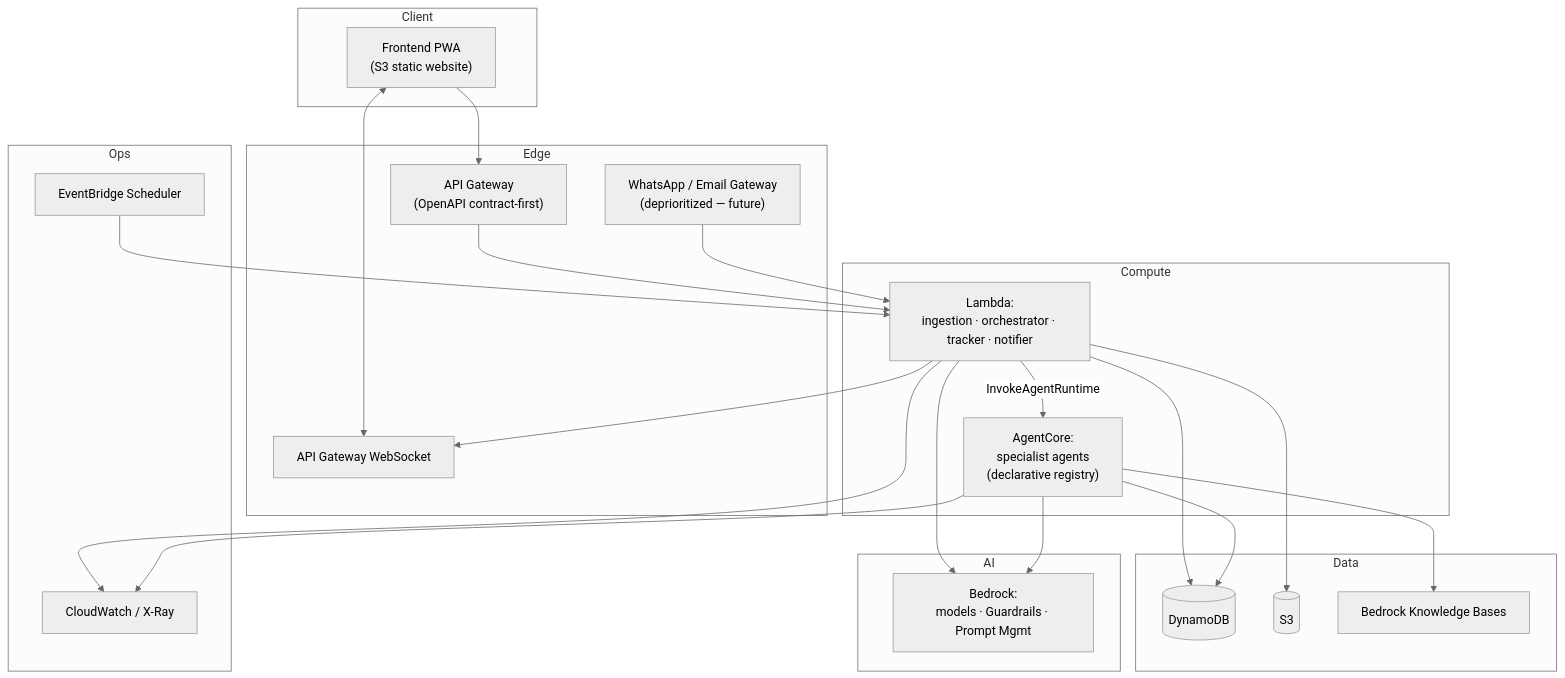
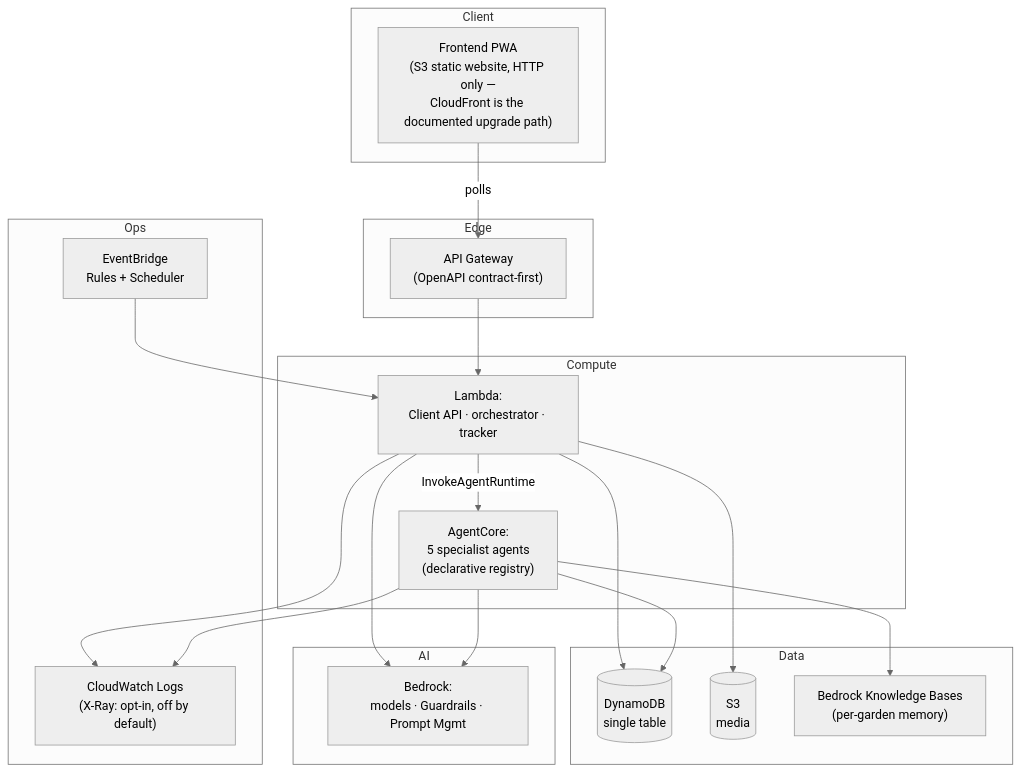
The fifth of 9 diagrams in docs/architecture/architecture.md (prashant-baj/tendril), drawn with Mermaid (neutral theme) before and after one commit. The commit also changed other lines of this file and 5 other files, not shown here.

````diff
--- a/docs/architecture/architecture.md
+++ b/docs/architecture/architecture.md
@@ -252,42 +270,37 @@
 ```mermaid
 flowchart TB
   subgraph Client
-    FE["Frontend PWA<br/>(S3 static website)"]
+    FE["Frontend PWA<br/>(S3 static website, HTTP only —<br/>CloudFront is the documented upgrade path)"]
   end
   subgraph Edge
     APIGW["API Gateway<br/>(OpenAPI contract-first)"]
-    WSAPI["API Gateway WebSocket"]
-    WA["WhatsApp / Email Gateway<br/>(deprioritized — future)"]
   end
   subgraph Compute
-    L["Lambda:<br/>ingestion · orchestrator · tracker · notifier"]
-    AC["AgentCore:<br/>specialist agents<br/>(declarative registry)"]
+    L["Lambda:<br/>Client API · orchestrator · tracker"]
+    AC["AgentCore:<br/>5 specialist agents<br/>(declarative registry)"]
   end
   subgraph Data
-    DDB[("DynamoDB")]
-    S3[("S3")]
-    KB["Bedrock Knowledge Bases"]
+    DDB[("DynamoDB<br/>single table")]
+    S3[("S3<br/>media")]
+    KB["Bedrock Knowledge Bases<br/>(per-garden memory)"]
   end
   subgraph AI
     BR["Bedrock:<br/>models · Guardrails · Prompt Mgmt"]
   end
   subgraph Ops
-    EB["EventBridge Scheduler"]
-    CW["CloudWatch / X-Ray"]
+    EB["EventBridge<br/>Rules + Scheduler"]
+    CW["CloudWatch Logs<br/>(X-Ray: opt-in, off by default)"]
   end
-  FE --> APIGW
-  FE <--> WSAPI
+  FE -->|polls| APIGW
   APIGW --> L
-  WA --> L
   EB --> L
   L -->|InvokeAgentRuntime| AC
   L --> BR
   AC --> BR
   L --> DDB
   AC --> DDB
   L --> S3
   AC --> KB
-  L --> WSAPI
   L --> CW
   AC --> CW
 ```
````
